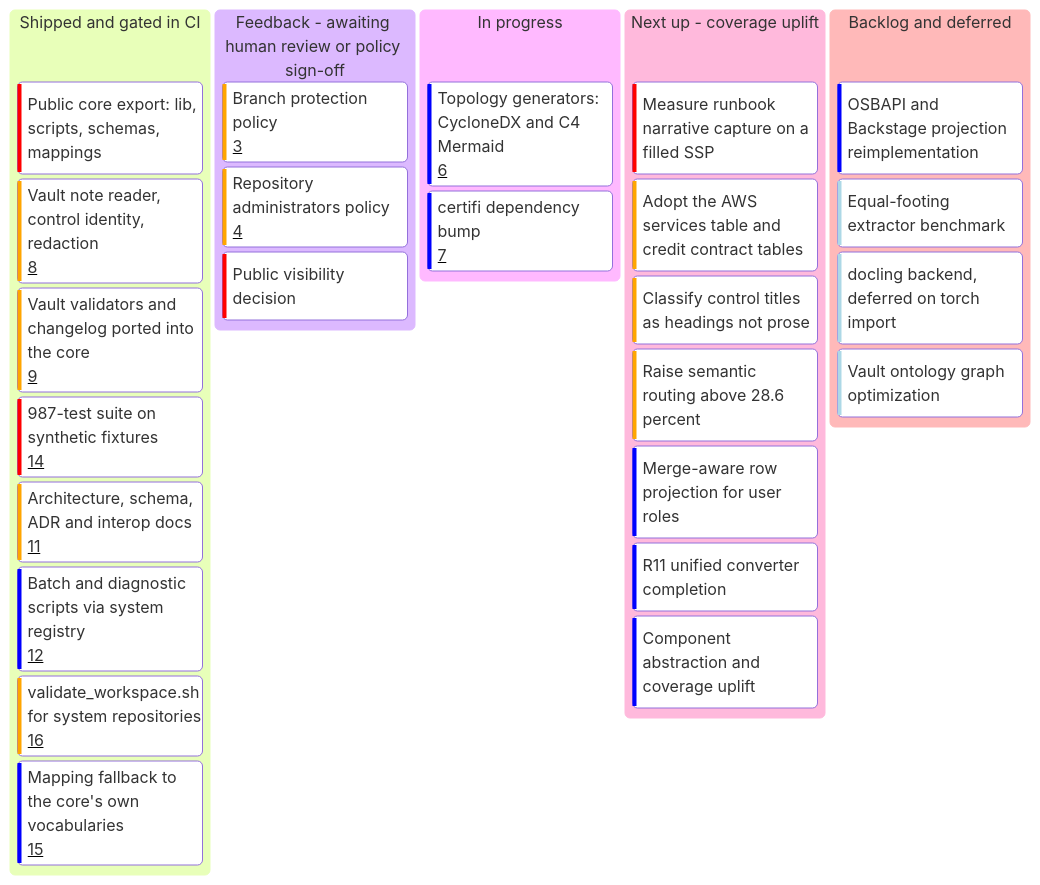
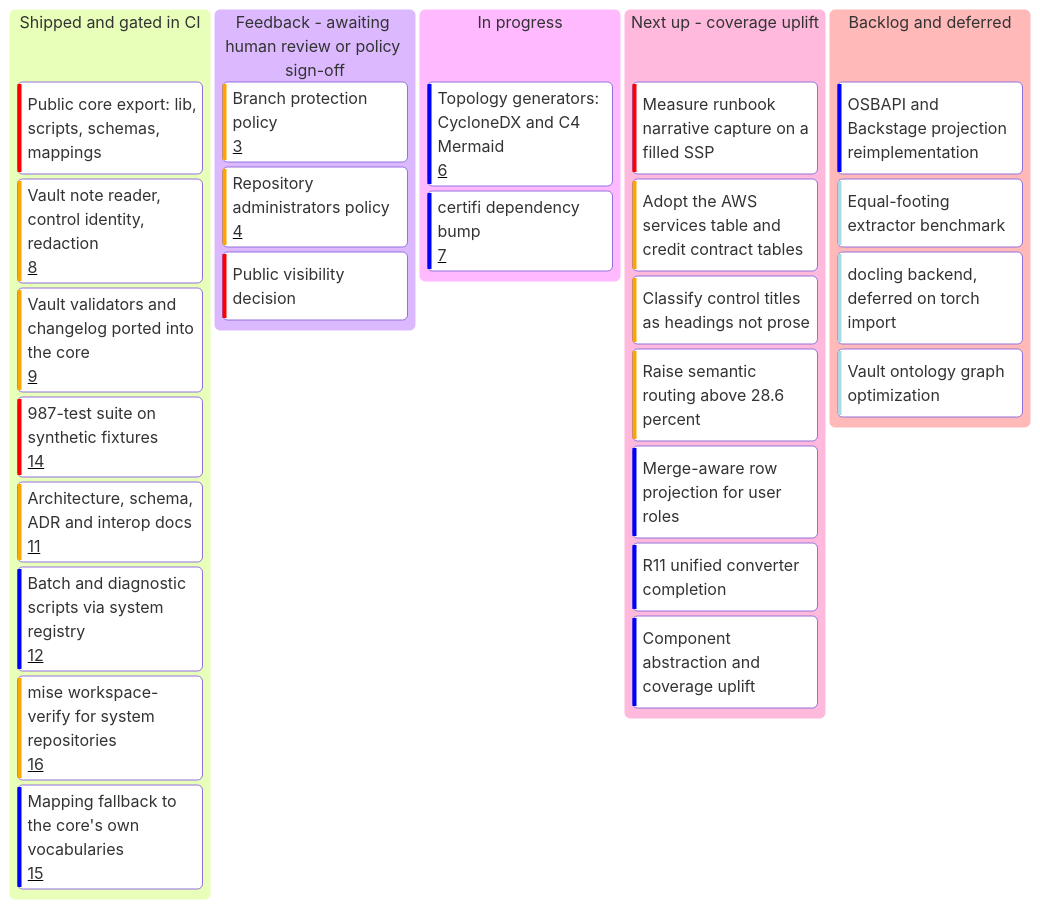
The third of 5 diagrams in README.md (GSA-TTS/oscal-vault-core), drawn with Mermaid before and after one commit. The commit also changed other lines of this file and 2 other files, not shown here.

Commit message:
chore(tooling): add mise workspace validation tasks

````diff
--- a/README.md
+++ b/README.md
@@ -166,37 +166,37 @@
 ```mermaid
 ---
 config:
   kanban:
     ticketBaseUrl: 'https://github.com/GSA-TTS/oscal-vault-core/issues/#TICKET#'
 ---
 kanban
   shipped[Shipped and gated in CI]
     s1[Public core export: lib, scripts, schemas, mappings]@{ priority: 'Very High' }
     s2[Vault note reader, control identity, redaction]@{ ticket: 8, priority: 'High' }
     s3[Vault validators and changelog ported into the core]@{ ticket: 9, priority: 'High' }
     s4[987-test suite on synthetic fixtures]@{ ticket: 14, priority: 'Very High' }
     s5[Architecture, schema, ADR and interop docs]@{ ticket: 11, priority: 'High' }
     s6[Batch and diagnostic scripts via system registry]@{ ticket: 12, priority: 'Low' }
-    s7[validate_workspace.sh for system repositories]@{ ticket: 16, priority: 'High' }
+    s7[mise workspace-verify for system repositories]@{ ticket: 16, priority: 'High' }
     s8[Mapping fallback to the core's own vocabularies]@{ ticket: 15, priority: 'Low' }
   feedback[Feedback - awaiting human review or policy sign-off]
     f1[Branch protection policy]@{ ticket: 3, priority: 'High' }
     f2[Repository administrators policy]@{ ticket: 4, priority: 'High' }
     f3[Public visibility decision]@{ priority: 'Very High' }
   progress[In progress]
     p1[Topology generators: CycloneDX and C4 Mermaid]@{ ticket: 6, priority: 'Low' }
     p2[certifi dependency bump]@{ ticket: 7, priority: 'Low' }
   next[Next up - coverage uplift]
     n1[Measure runbook narrative capture on a filled SSP]@{ priority: 'Very High' }
     n2[Adopt the AWS services table and credit contract tables]@{ priority: 'High' }
     n3[Classify control titles as headings not prose]@{ priority: 'High' }
     n4[Raise semantic routing above 28.6 percent]@{ priority: 'High' }
     n5[Merge-aware row projection for user roles]@{ priority: 'Low' }
     n6[R11 unified converter completion]@{ priority: 'Low' }
     n7[Component abstraction and coverage uplift]@{ priority: 'Low' }
   backlog[Backlog and deferred]
     b1[OSBAPI and Backstage projection reimplementation]@{ priority: 'Low' }
     b2[Equal-footing extractor benchmark]@{ priority: 'Very Low' }
     b3[docling backend, deferred on torch import]@{ priority: 'Very Low' }
     b4[Vault ontology graph optimization]@{ priority: 'Very Low' }
 ```
````
